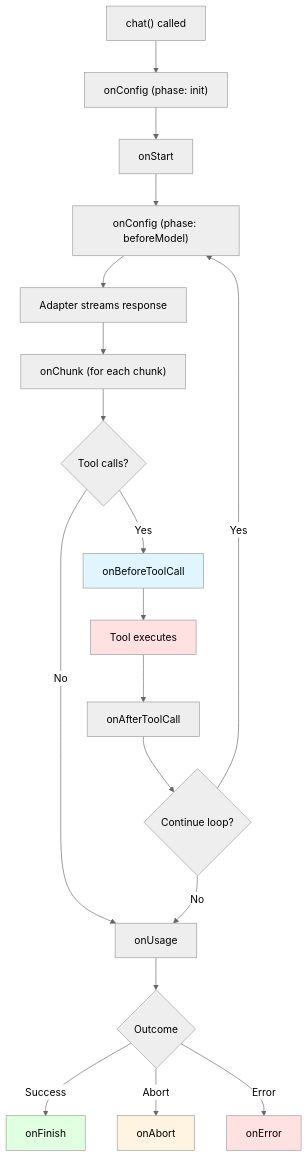
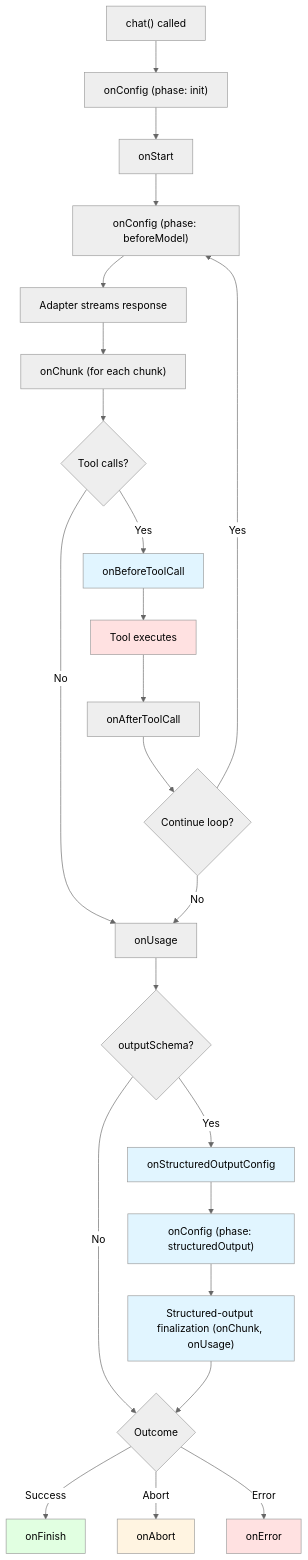
One commit to TanStack/ai changed the diagram in docs/advanced/middleware.md. Above: the diagram before and after it, drawn with Mermaid (neutral theme). The commit also changed other lines of this file and 7 other files, not shown here.

````diff
--- a/docs/advanced/middleware.md
+++ b/docs/advanced/middleware.md
@@ -59,26 +59,34 @@
 ```mermaid
 graph TD
     A["chat() called"] --> B["onConfig (phase: init)"]
     B --> C[onStart]
     C --> D["onConfig (phase: beforeModel)"]
     D --> E["Adapter streams response"]
     E --> F["onChunk (for each chunk)"]
     F --> G{Tool calls?}
     G -->|No| H[onUsage]
     G -->|Yes| I[onBeforeToolCall]
     I --> J[Tool executes]
     J --> K[onAfterToolCall]
     K --> L{Continue loop?}
     L -->|Yes| D
     L -->|No| H
-    H --> M{Outcome}
+    H --> SO{outputSchema?}
+    SO -->|No| M{Outcome}
+    SO -->|Yes| SOC[onStructuredOutputConfig]
+    SOC --> SOM["onConfig (phase: structuredOutput)"]
+    SOM --> SOS["Structured-output finalization (onChunk, onUsage)"]
+    SOS --> M
     M -->|Success| N[onFinish]
     M -->|Abort| O[onAbort]
     M -->|Error| P[onError]
 
     style I fill:#e1f5ff
     style J fill:#ffe1e1
+    style SOC fill:#e1f5ff
+    style SOM fill:#e1f5ff
+    style SOS fill:#e1f5ff
     style N fill:#e1ffe1
     style O fill:#fff4e1
     style P fill:#ffe1e1
 ```
````
